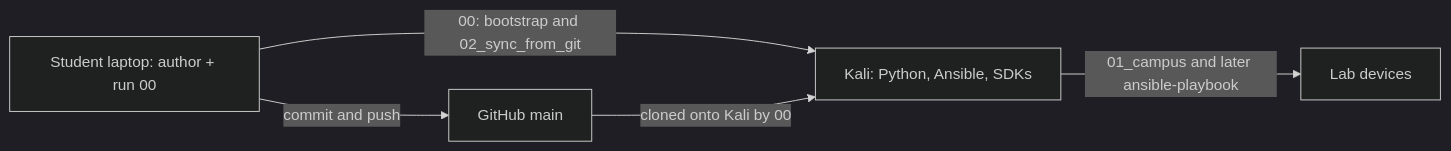
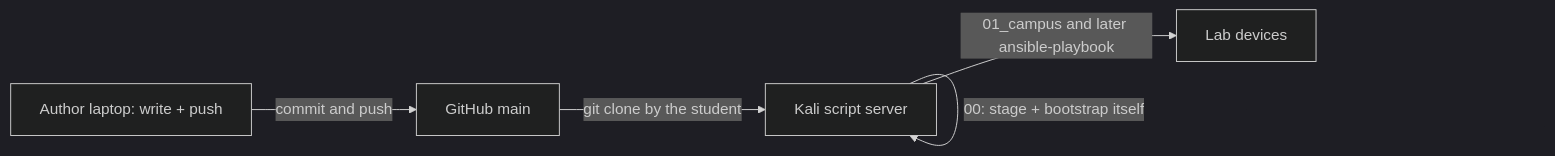
One commit to imanassypov/cisco-one-experience-lab-automation changed the diagram in README.md. Above: the diagram before and after it, drawn with Mermaid (dark theme). The commit also changed other lines of this file and 17 other files, not shown here.

````diff
--- a/README.md
+++ b/README.md
@@ -11,10 +11,10 @@
 ```mermaid
 flowchart LR
-  Laptop["Student laptop: author + run 00"]
+  Laptop["Author laptop: write + push"]
   GitHub["GitHub main"]
-  Script["Kali: Python, Ansible, SDKs"]
+  Script["Kali script server"]
   Laptop -->|"commit and push"| GitHub
-  Laptop -->|"00: bootstrap and 02_sync_from_git"| Script
-  GitHub -->|"cloned onto Kali by 00"| Script
+  GitHub -->|"git clone by the student"| Script
+  Script -->|"00: stage + bootstrap itself"| Script
   Script -->|"01_campus and later ansible-playbook"| Lab["Lab devices"]
 ```
````
